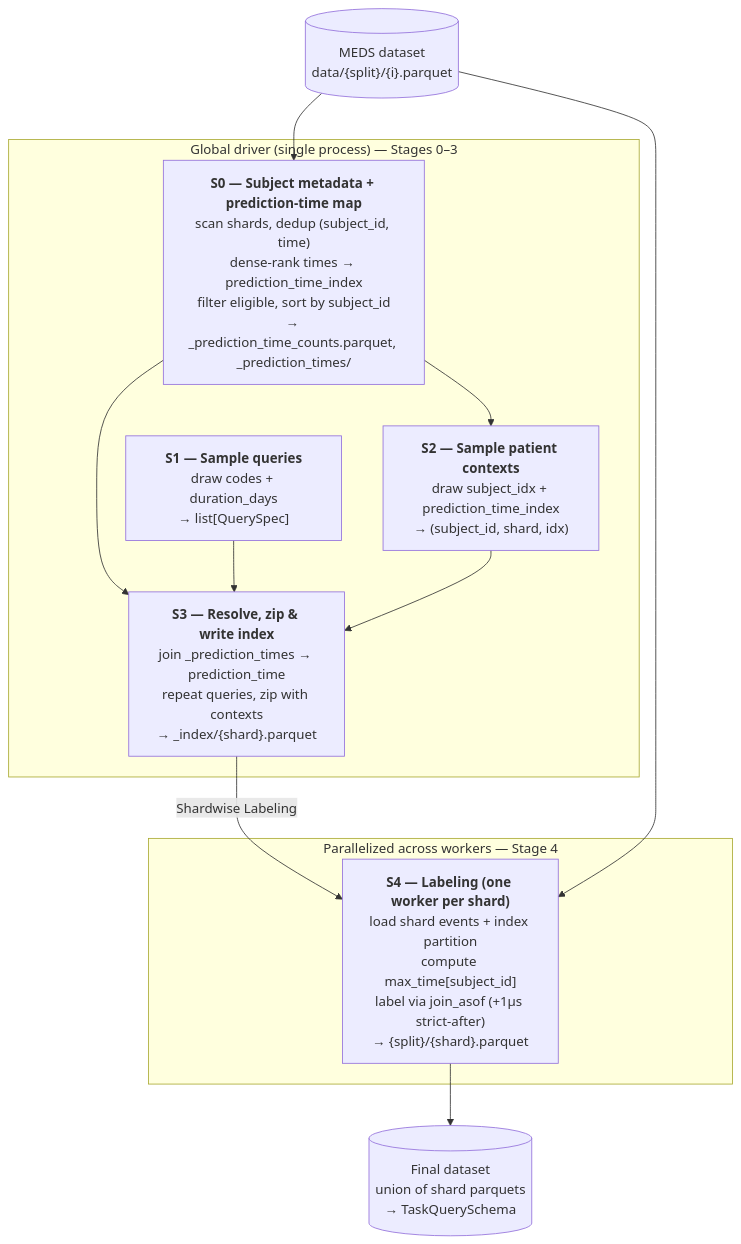
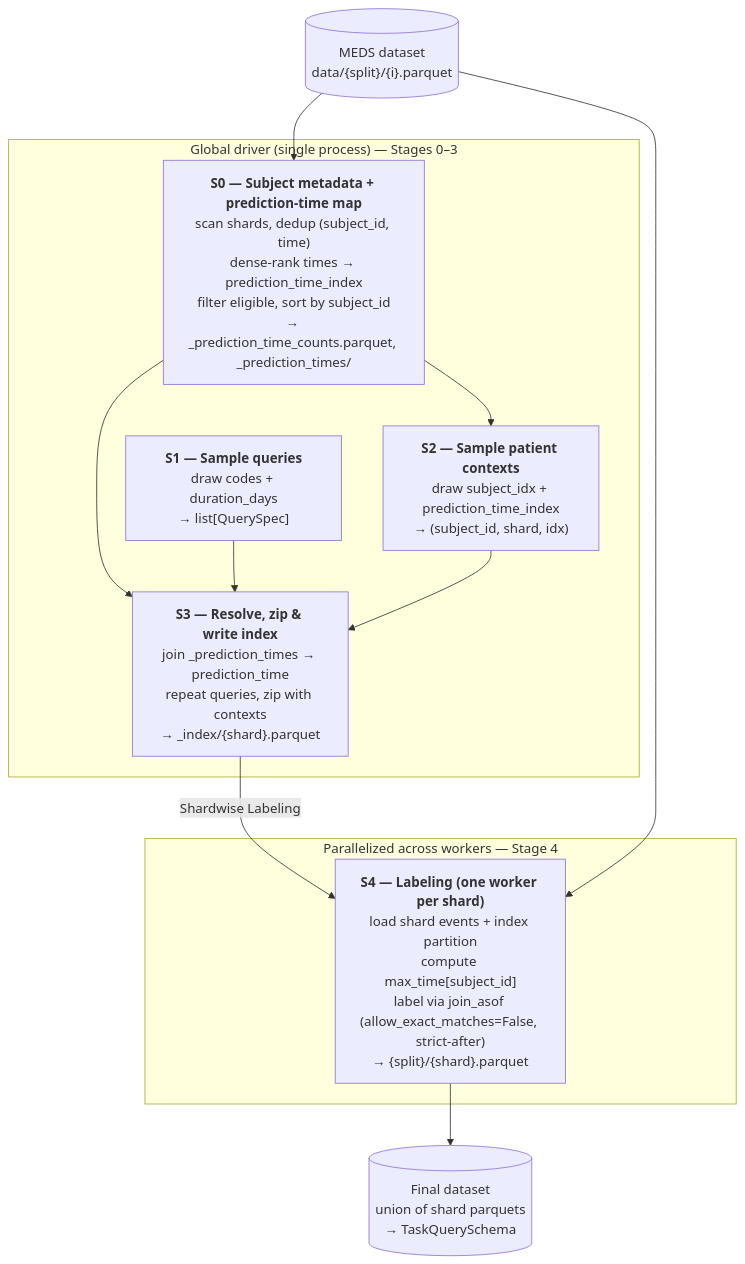
The diagram in src/every_query/generate_tasks/redesign-spec.md (mmcdermott/EveryQuery-conditional), drawn with Mermaid before and after one commit. The commit also changed other lines of this file and 3 other files, not shown here.

First line of the commit message:
Use join_asof(allow_exact_matches=False) instead of +1µs shift for strict-after labeling (#261)

````diff
--- a/src/every_query/generate_tasks/redesign-spec.md
+++ b/src/every_query/generate_tasks/redesign-spec.md
@@ -17,26 +17,26 @@
 ```mermaid
 flowchart TD
     subgraph driver["Global driver (single process) — Stages 0–3"]
         S0["<b>S0 — Subject metadata + prediction-time map</b><br/>scan shards, dedup (subject_id, time)<br/>dense-rank times → prediction_time_index<br/>filter eligible, sort by subject_id<br/>→ _prediction_time_counts.parquet, _prediction_times/"]
         S1["<b>S1 — Sample queries</b><br/>draw codes + duration_days<br/>→ list[QuerySpec]"]
         S2["<b>S2 — Sample patient contexts</b><br/>draw subject_idx + prediction_time_index<br/>→ (subject_id, shard, idx)"]
         S3["<b>S3 — Resolve, zip & write index</b><br/>join _prediction_times → prediction_time<br/>repeat queries, zip with contexts<br/>→ _index/{shard}.parquet"]
         S0 --> S2
         S0 --> S3
         S1 --> S3
         S2 --> S3
     end
 
     S3 -- "Shardwise Labeling" --> S4
 
     subgraph workers["Parallelized across workers — Stage 4"]
-        S4["<b>S4 — Labeling (one worker per shard)</b><br/>load shard events + index partition<br/>compute max_time[subject_id]<br/>label via join_asof (+1µs strict-after)<br/>→ {split}/{shard}.parquet"]
+        S4["<b>S4 — Labeling (one worker per shard)</b><br/>load shard events + index partition<br/>compute max_time[subject_id]<br/>label via join_asof (allow_exact_matches=False, strict-after)<br/>→ {split}/{shard}.parquet"]
     end
 
     meds[("MEDS dataset<br/>data/{split}/{i}.parquet")]
     out[("Final dataset<br/>union of shard parquets<br/>→ TaskQuerySchema")]
 
     meds --> S0
     meds --> S4
     S4 --> out
 ```
````
